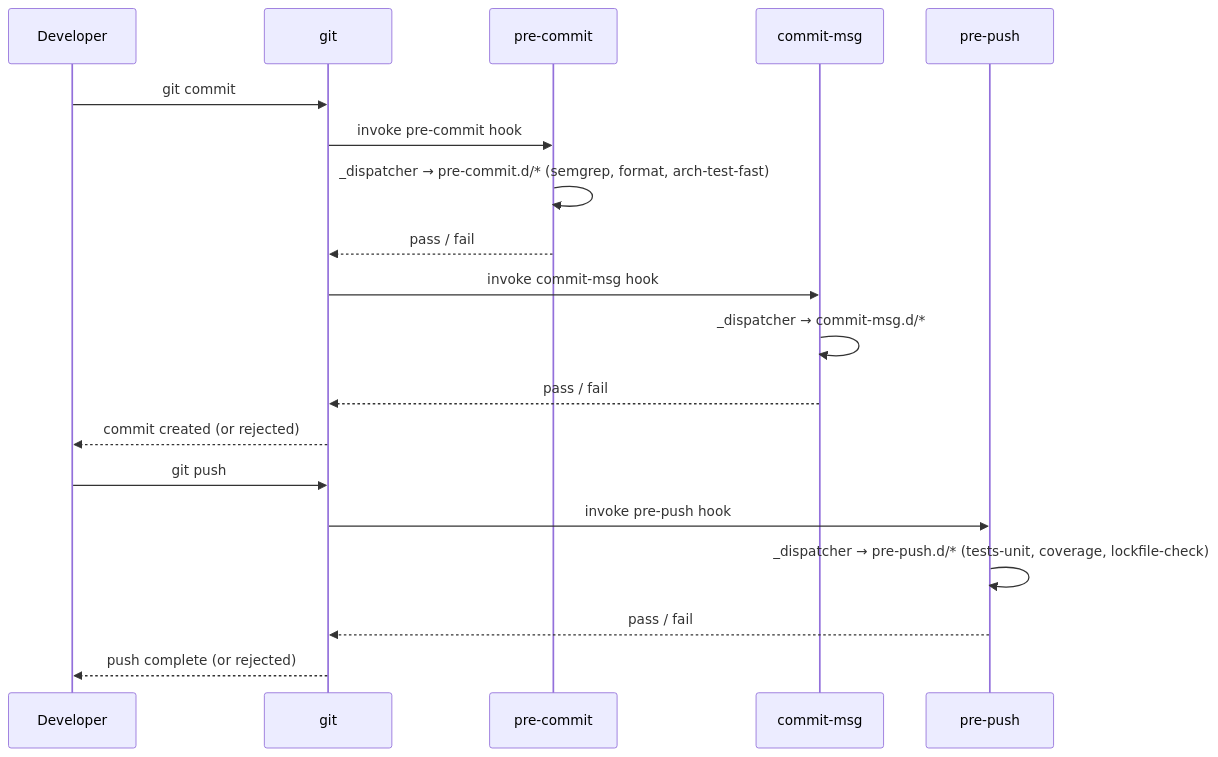
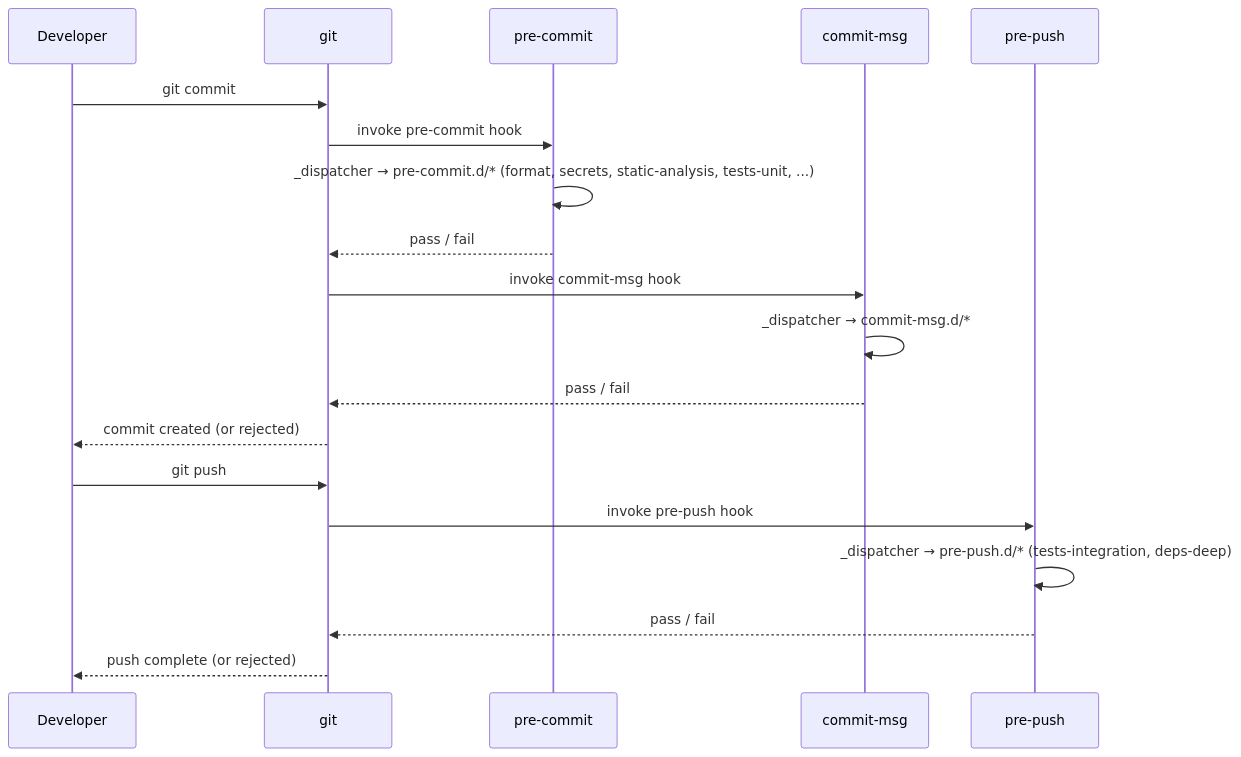
One commit to smalls257/just-claude-things changed the diagram in docs/skills/scaffold-with-guardrails/hooks.md. Above: the diagram before and after it, drawn with Mermaid. The commit also changed other lines of this file, not shown here.

````diff
--- a/docs/skills/scaffold-with-guardrails/hooks.md
+++ b/docs/skills/scaffold-with-guardrails/hooks.md
@@ -132,21 +144,21 @@
 ```mermaid
 sequenceDiagram
     participant Dev as Developer
     participant Git as git
     participant PC as pre-commit
     participant CM as commit-msg
     participant PP as pre-push
     Dev->>Git: git commit
     Git->>PC: invoke pre-commit hook
-    PC->>PC: _dispatcher → pre-commit.d/* (semgrep, format, arch-test-fast)
+    PC->>PC: _dispatcher → pre-commit.d/* (format, secrets, static-analysis, tests-unit, ...)
     PC-->>Git: pass / fail
     Git->>CM: invoke commit-msg hook
     CM->>CM: _dispatcher → commit-msg.d/*
     CM-->>Git: pass / fail
     Git-->>Dev: commit created (or rejected)
     Dev->>Git: git push
     Git->>PP: invoke pre-push hook
-    PP->>PP: _dispatcher → pre-push.d/* (tests-unit, coverage, lockfile-check)
+    PP->>PP: _dispatcher → pre-push.d/* (tests-integration, deps-deep)
     PP-->>Git: pass / fail
     Git-->>Dev: push complete (or rejected)
 ```
````
